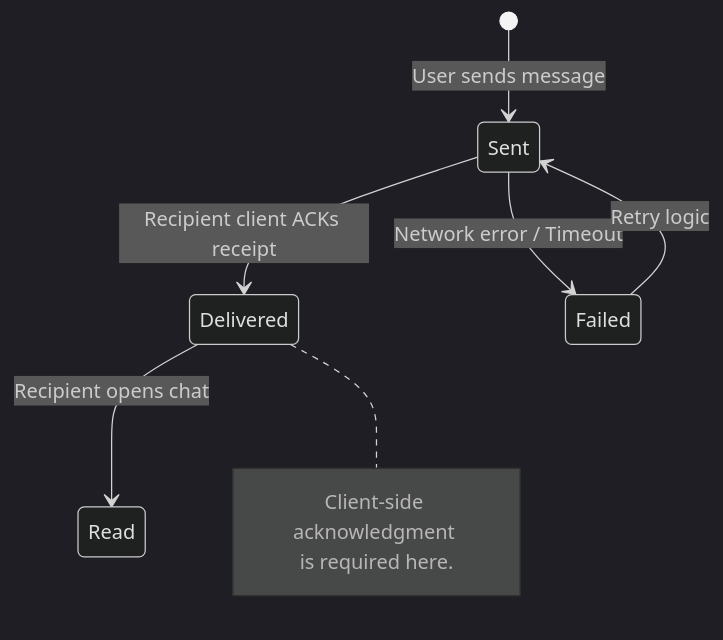
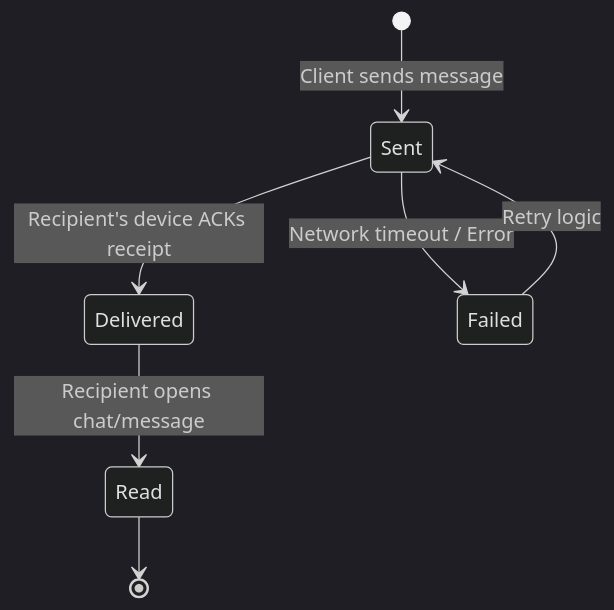
Before and after one commit to artembaranovsky1/Software-Design-and-Documentation_lab-1.1: the third of 3 diagrams in README.md, drawn with Mermaid (dark theme). The commit also changed other lines of this file, not shown here.

````diff
--- a/README.md
+++ b/README.md
@@ -42,13 +39,9 @@
 ```mermaid
 stateDiagram-v2
-    [*] --> Sent: User sends message
-    Sent --> Delivered: Recipient client ACKs receipt
-    Delivered --> Read: Recipient opens chat
-    Sent --> Failed: Network error / Timeout
+    [*] --> Sent: Client sends message
+    Sent --> Delivered: Recipient's device ACKs receipt
+    Sent --> Failed: Network timeout / Error
     Failed --> Sent: Retry logic
-    
-    note right of Delivered
-        Client-side acknowledgment 
-        is required here.
-    end note
+    Delivered --> Read: Recipient opens chat/message
+    Read --> [*]
 ```
````
